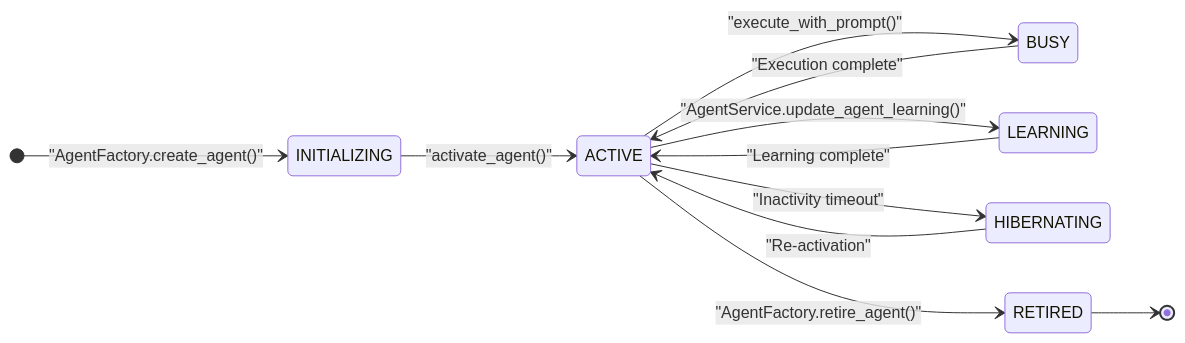
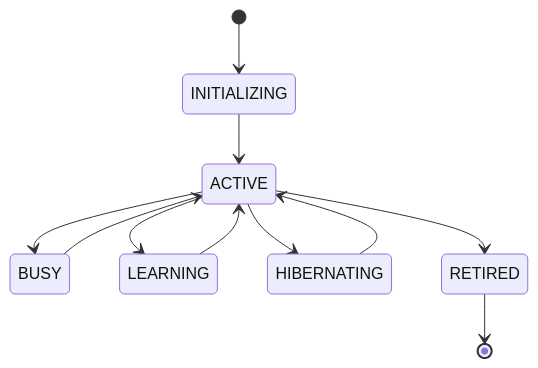
The second of 4 diagrams in docs/agents/agent-factory-runtime.md (AutomatosAI/automatos-ai), drawn with Mermaid before and after one commit. The commit also changed other lines of this file and 188 other files, not shown here.

First line of the commit message:
docs: refresh architecture docs and add coverage for new subsystems (#1416)

````diff
--- a/docs/agents/agent-factory-runtime.md
+++ b/docs/agents/agent-factory-runtime.md
@@ -61,14 +92,13 @@
 ```mermaid
 stateDiagram-v2
-    direction LR
-    [*] --> INITIALIZING: "AgentFactory.create_agent()"
-    INITIALIZING --> ACTIVE: "activate_agent()"
-    ACTIVE --> BUSY: "execute_with_prompt()"
-    BUSY --> ACTIVE: "Execution complete"
-    ACTIVE --> LEARNING: "AgentService.update_agent_learning()"
-    LEARNING --> ACTIVE: "Learning complete"
-    ACTIVE --> HIBERNATING: "Inactivity timeout"
-    HIBERNATING --> ACTIVE: "Re-activation"
-    ACTIVE --> RETIRED: "AgentFactory.retire_agent()"
+    [*] --> INITIALIZING
+    INITIALIZING --> ACTIVE
+    ACTIVE --> BUSY
+    BUSY --> ACTIVE
+    ACTIVE --> LEARNING
+    LEARNING --> ACTIVE
+    ACTIVE --> HIBERNATING
+    HIBERNATING --> ACTIVE
+    ACTIVE --> RETIRED
     RETIRED --> [*]
 ```
````
